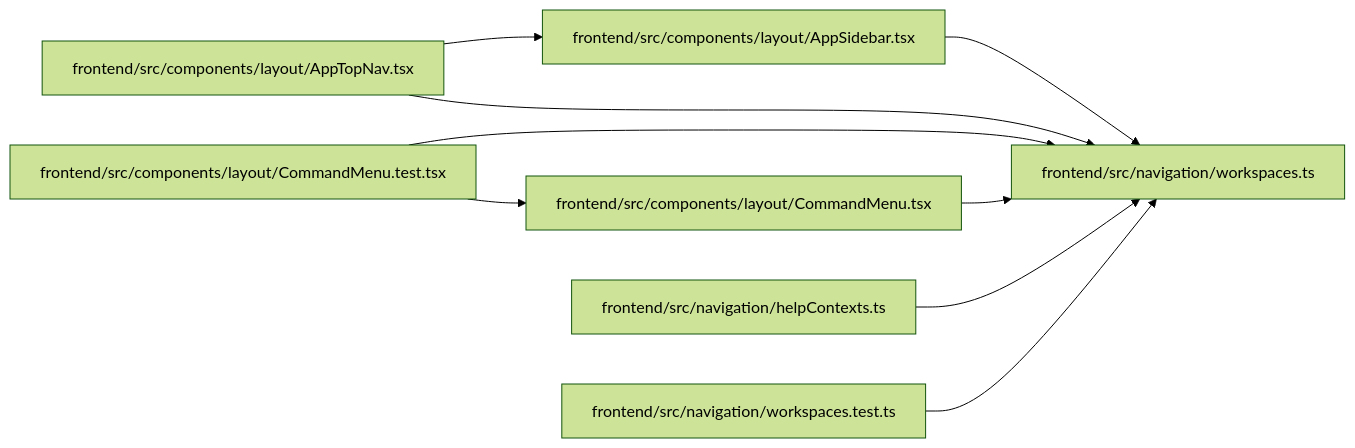
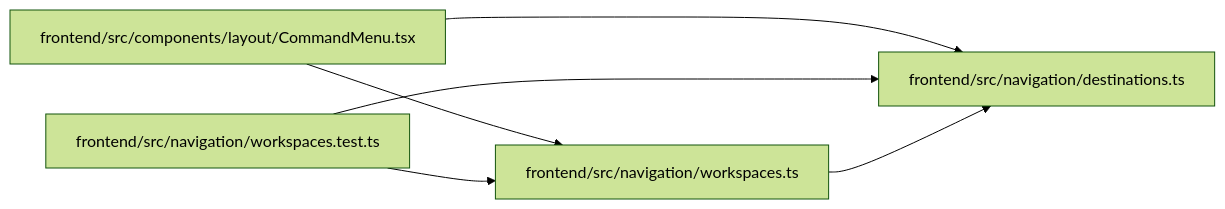
One commit to Denissvgn/WorkChord changed the diagram in docs/llm_wiki/modules/workspaces.md. Above: the diagram before and after it, drawn with Mermaid (forest theme). The commit also changed other lines of this file and 2373 other files, not shown here.

````diff
--- a/docs/llm_wiki/modules/workspaces.md
+++ b/docs/llm_wiki/modules/workspaces.md
@@ -29,25 +30,16 @@
 ```mermaid
 flowchart LR
-    n0["frontend/src/components/layout/AppSidebar.tsx"]
-    n1["frontend/src/components/layout/AppTopNav.tsx"]
-    n2["frontend/src/components/layout/CommandMenu.test.tsx"]
-    n3["frontend/src/components/layout/CommandMenu.tsx"]
-    n4["frontend/src/navigation/helpContexts.ts"]
-    n5["frontend/src/navigation/workspaces.test.ts"]
-    n6["frontend/src/navigation/workspaces.ts"]
-    n0 --> n6
-    n1 --> n0
-    n1 --> n6
+    n0["frontend/src/components/layout/CommandMenu.tsx"]
+    n1["frontend/src/navigation/destinations.ts"]
+    n2["frontend/src/navigation/workspaces.test.ts"]
+    n3["frontend/src/navigation/workspaces.ts"]
+    n0 --> n1
+    n0 --> n3
+    n2 --> n1
     n2 --> n3
-    n2 --> n6
-    n3 --> n6
-    n4 --> n6
-    n5 --> n6
-    click n0 "../modules/AppSidebar.md"
-    click n1 "../modules/AppTopNav.md"
-    click n2 "../modules/CommandMenu.test.md"
-    click n3 "../modules/CommandMenu.md"
-    click n4 "../modules/helpContexts.md"
-    click n5 "../modules/workspaces.test.md"
-    click n6 "../modules/workspaces.md"
+    n3 --> n1
+    click n0 "../modules/CommandMenu.md"
+    click n1 "../modules/destinations.md"
+    click n2 "../modules/workspaces.test.md"
+    click n3 "../modules/workspaces.md"
 ```
````
